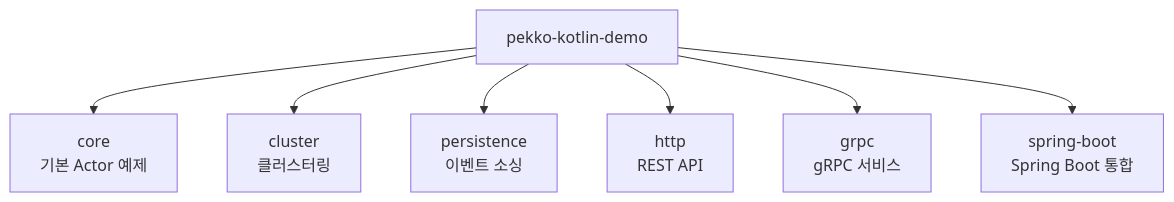
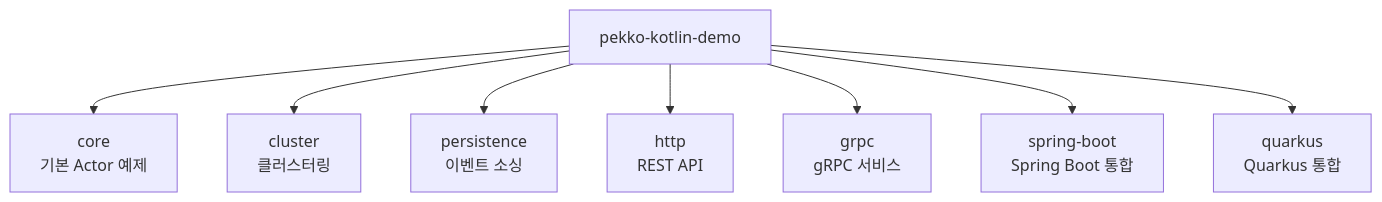
One commit to iceflower/pekko-kotlin-demo changed the diagram in README.md. Above: the diagram before and after it, drawn with Mermaid. The commit also changed other lines of this file and 8 other files, not shown here.

````diff
--- a/README.md
+++ b/README.md
@@ -22,10 +22,11 @@
 ```mermaid
 graph TB
     Root[pekko-kotlin-demo]
     Root --> Core[core<br/>기본 Actor 예제]
     Root --> Cluster[cluster<br/>클러스터링]
     Root --> Persistence[persistence<br/>이벤트 소싱]
     Root --> HTTP[http<br/>REST API]
     Root --> GRPC[grpc<br/>gRPC 서비스]
     Root --> SpringBoot[spring-boot<br/>Spring Boot 통합]
+    Root --> Quarkus[quarkus<br/>Quarkus 통합]
 ```
````
